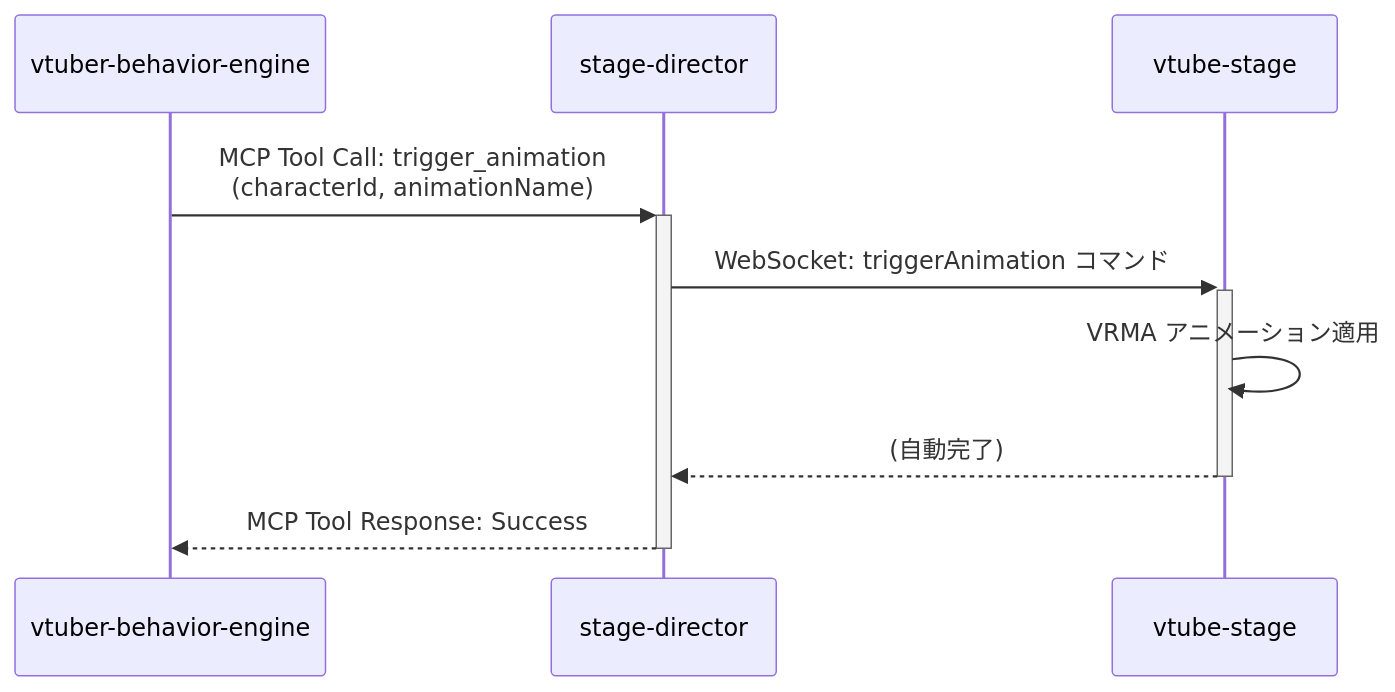
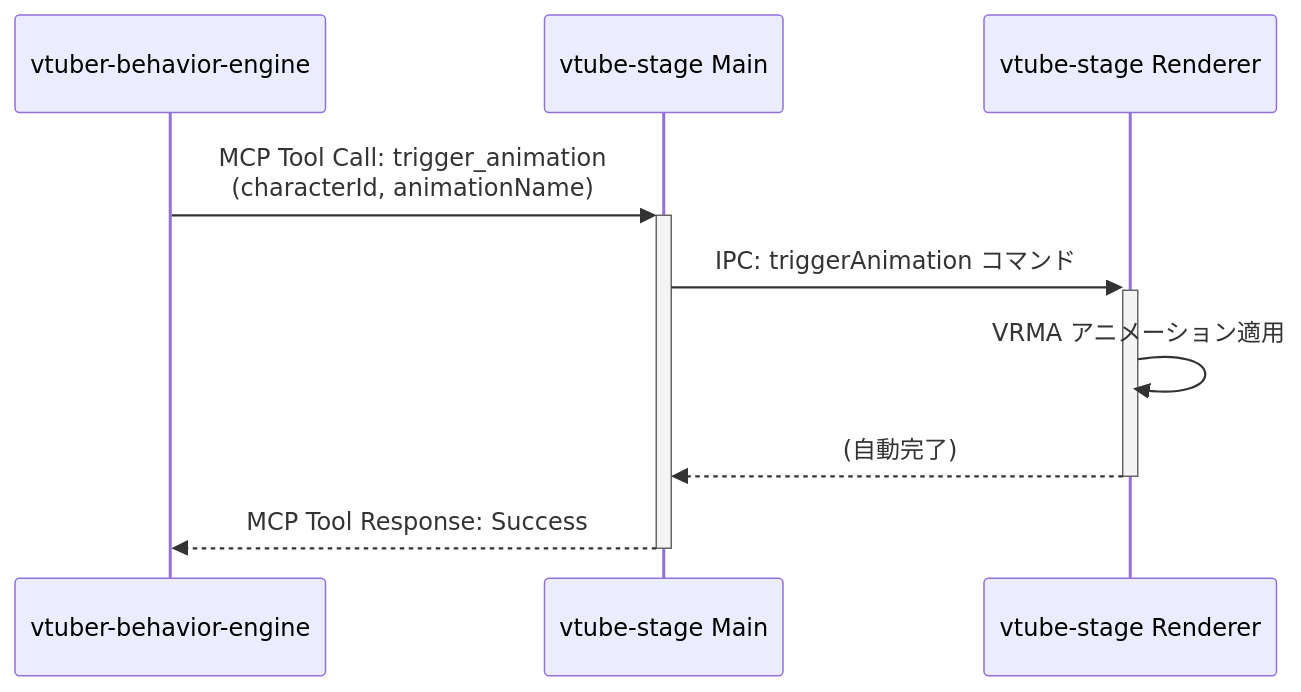
Before and after one commit to LongbowXXX/ai-tuber: the second of 3 diagrams in docs/architecture/key-flows.md, drawn with Mermaid. The commit also changed other lines of this file and 4 other files, not shown here.

Commit message:
docs: Add initial architectural documentation covering directory structure, key flows, overview, and tech stack, and update README.

````diff
--- a/docs/architecture/key-flows.md
+++ b/docs/architecture/key-flows.md
@@ -65,12 +64,12 @@
 ```mermaid
 sequenceDiagram
     participant VBE as vtuber-behavior-engine
-    participant SD as stage-director
-    participant VS as vtube-stage
+    participant Main as vtube-stage Main
+    participant Renderer as vtube-stage Renderer
 
-    VBE ->>+ SD: MCP Tool Call: trigger_animation<br/>(characterId, animationName)
-    SD ->>+ VS: WebSocket: triggerAnimation コマンド
-    VS ->> VS: VRMA アニメーション適用
-    VS -->>- SD: (自動完了)
-    SD -->>- VBE: MCP Tool Response: Success
+    VBE ->>+ Main: MCP Tool Call: trigger_animation<br/>(characterId, animationName)
+    Main ->>+ Renderer: IPC: triggerAnimation コマンド
+    Renderer ->> Renderer: VRMA アニメーション適用
+    Renderer -->>- Main: (自動完了)
+    Main -->>- VBE: MCP Tool Response: Success
 ```
````
